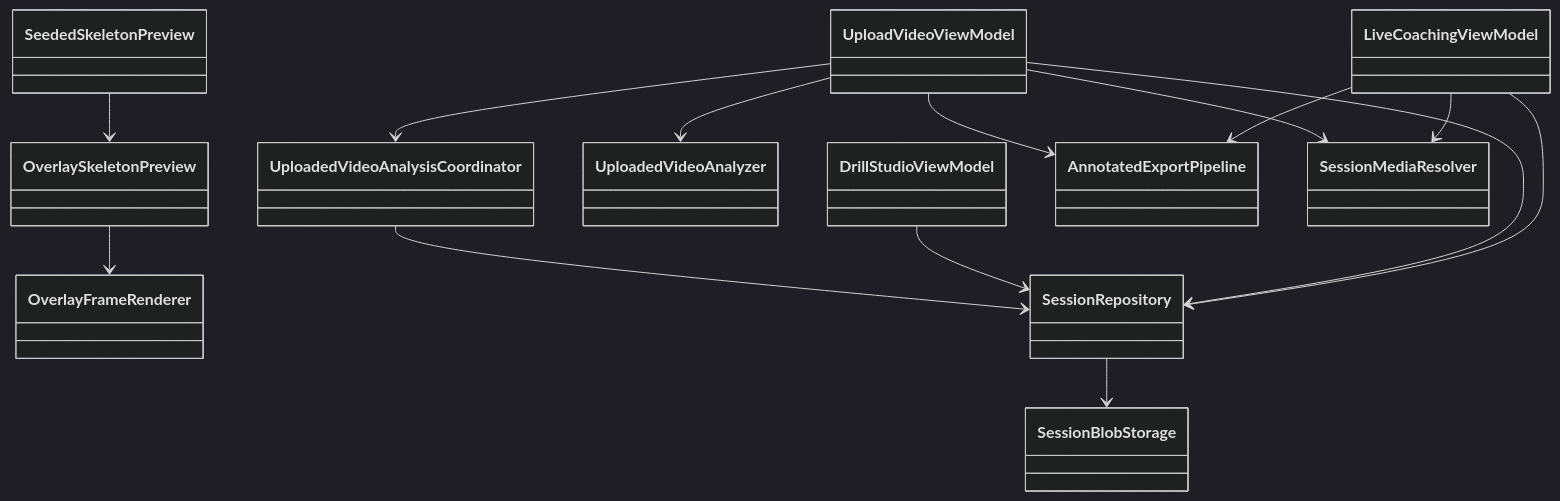
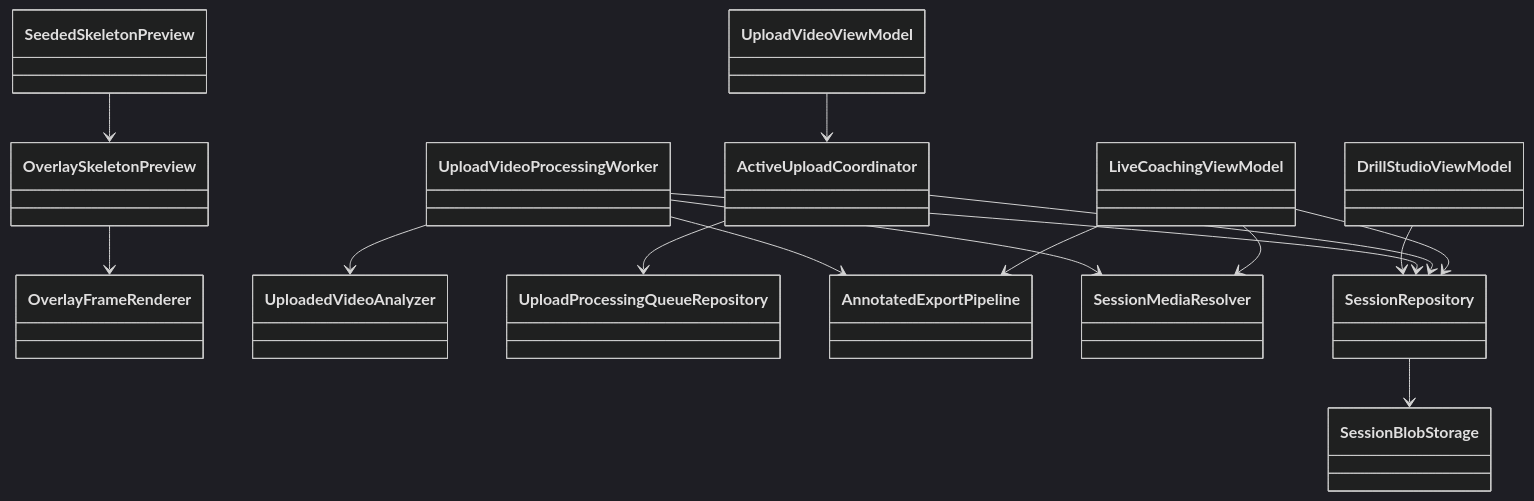
One commit to Voycepeh/Handstand-App changed the diagram in docs/diagrams/class-diagram.md. Above: the diagram before and after it, drawn with Mermaid (dark theme). The commit also changed 12 other files, not shown here.

Commit message:
Move upload analysis to durable WorkManager-owned pipeline

````diff
--- a/docs/diagrams/class-diagram.md
+++ b/docs/diagrams/class-diagram.md
@@ -3,31 +3,34 @@
 ```mermaid
 classDiagram
     class LiveCoachingViewModel
     class UploadVideoViewModel
     class DrillStudioViewModel
     class OverlayFrameRenderer
     class OverlaySkeletonPreview
     class SeededSkeletonPreview
     class UploadedVideoAnalyzer
-    class UploadedVideoAnalysisCoordinator
+    class ActiveUploadCoordinator
+    class UploadVideoProcessingWorker
+    class UploadProcessingQueueRepository
     class AnnotatedExportPipeline
     class SessionMediaResolver
     class SessionRepository
     class SessionBlobStorage
 
     LiveCoachingViewModel --> AnnotatedExportPipeline
     LiveCoachingViewModel --> SessionMediaResolver
     LiveCoachingViewModel --> SessionRepository
 
-    UploadVideoViewModel --> UploadedVideoAnalyzer
-    UploadVideoViewModel --> UploadedVideoAnalysisCoordinator
-    UploadVideoViewModel --> AnnotatedExportPipeline
-    UploadVideoViewModel --> SessionMediaResolver
-    UploadVideoViewModel --> SessionRepository
+    UploadVideoViewModel --> ActiveUploadCoordinator
+    ActiveUploadCoordinator --> UploadProcessingQueueRepository
+    ActiveUploadCoordinator --> SessionRepository
+    UploadVideoProcessingWorker --> UploadedVideoAnalyzer
+    UploadVideoProcessingWorker --> AnnotatedExportPipeline
+    UploadVideoProcessingWorker --> SessionMediaResolver
+    UploadVideoProcessingWorker --> SessionRepository
 
     DrillStudioViewModel --> SessionRepository
     OverlaySkeletonPreview --> OverlayFrameRenderer
     SeededSkeletonPreview --> OverlaySkeletonPreview
-    UploadedVideoAnalysisCoordinator --> SessionRepository
     SessionRepository --> SessionBlobStorage
 ```
````
